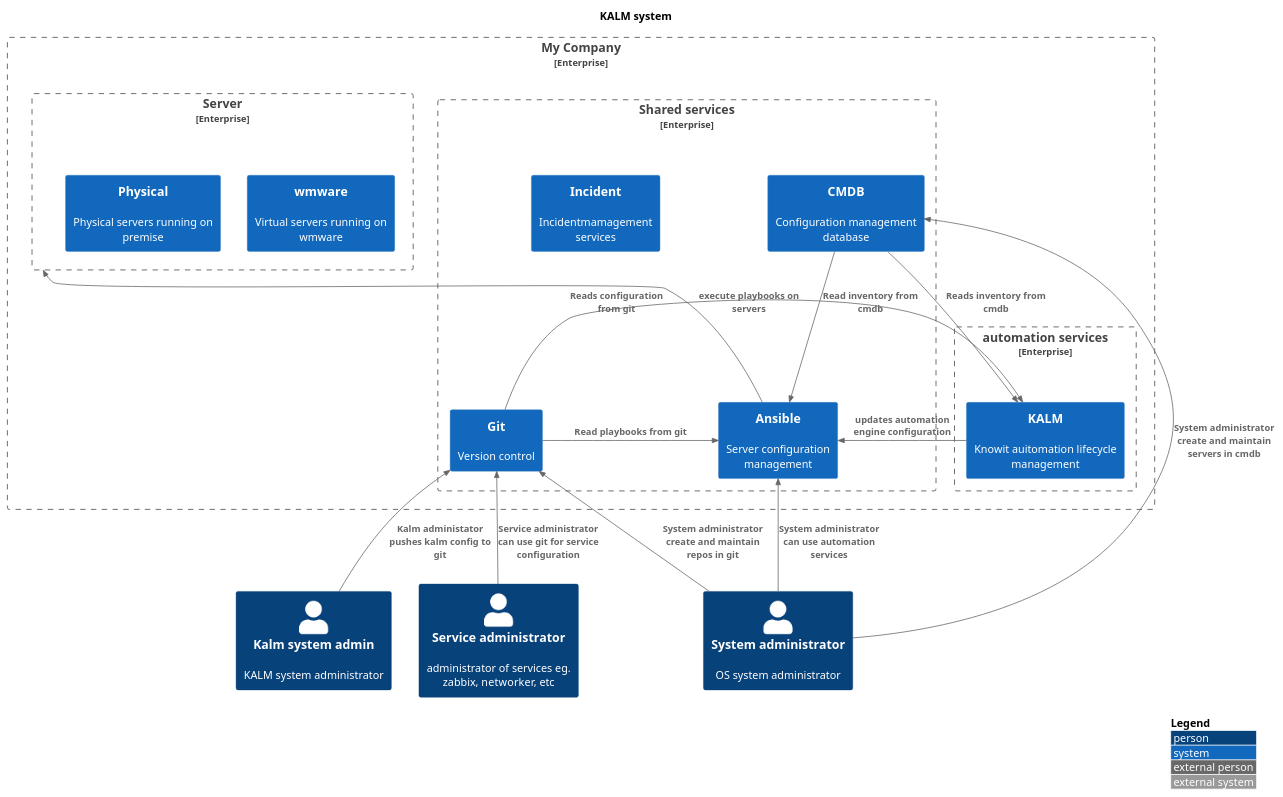
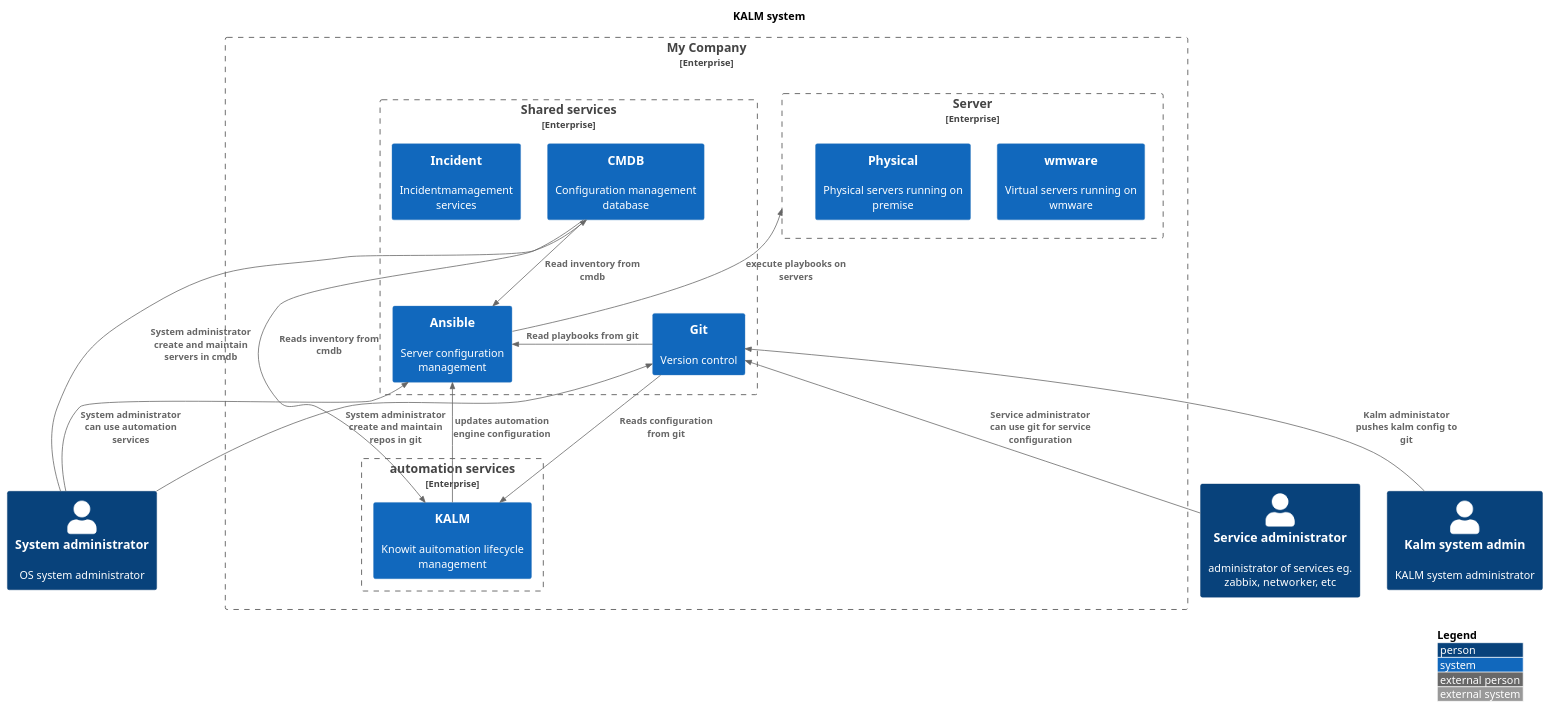
One commit to JakobHolstDK/infowall changed the diagram in diagrams/kalm.puml. Above: the diagram before and after it, drawn with PlantUML.

Commit message:
no write

```diff
--- a/diagrams/kalm.puml
+++ b/diagrams/kalm.puml
@@ -1,63 +1,63 @@
 @startuml
 !include https://raw.githubusercontent.com/plantuml-stdlib/C4-PlantUML/master/C4_Context.puml
 
 ' uncomment the following line and comment the first to use locally
 ' !include C4_Context.puml
 
 LAYOUT_TOP_DOWN()
 'LAYOUT_AS_SKETCH()
 LAYOUT_WITH_LEGEND()
 
 
 title   KALM system
 
 Person(kalmadmin, "Kalm system admin", "KALM system administrator")
 Person(systemadmin, "System administrator", "OS system administrator")
 Person(serviceadmin, "Service administrator", "administrator of services eg. zabbix, networker, etc")
 
 
 Enterprise_Boundary(c0, "My Company", "My awesome organisation") {
 
 Enterprise_Boundary(c2, "Server ", "Virtuelle servere") {
     System(vmware, "wmware", "Virtual servers running on wmware")
     System(physicalservers, "Physical", "Physical servers running on premise")
 }
 
 Enterprise_Boundary(c3, "Shared services", "Shared services in the organisation") {
     System(cmdb, "CMDB", "Configuration management database")
     System(automation, "Ansible", "Server configuration management")
     System(git, "Git", "Version control")
     System(incident, "Incident", "Incidentmamagement services")
 }
 
 Enterprise_Boundary(c1, "automation services", "Automation services") {
     System(kalm, "KALM", "Knowit auitomation lifecycle management")
 }
 
 
 }
 
 
 Rel_Neighbor(git, automation, "Read playbooks from git")
 Rel_D(cmdb, automation, "Read inventory from cmdb")
 Rel_U(automation, c2 , "execute playbooks on servers")
 
 
 Rel_U(kalmadmin, git, "Kalm administator pushes kalm config to git")
 
 Rel_U(systemadmin, automation, "System administrator can use automation services")
 Rel_U(systemadmin, git, "System administrator create and maintain repos in git")
 Rel_U(systemadmin, cmdb, "System administrator create and maintain servers in cmdb")
 Rel_U(serviceadmin, git, "Service administrator can use git for service configuration")
 
 
 
 
 
 Rel_D(cmdb, kalm, "Reads inventory from cmdb")
 Rel_D(git, kalm, "Reads configuration from git")
 
-Rel_D(kalm, automation, "updates automation engine configuration")
+Rel_U(kalm, automation, "updates automation engine configuration")
 
 
 @enduml
```
